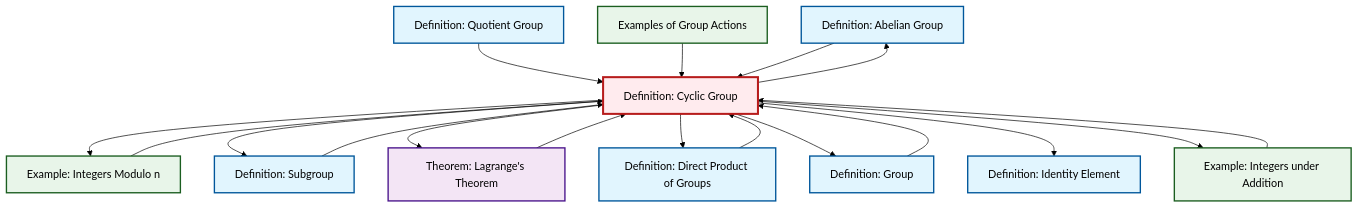
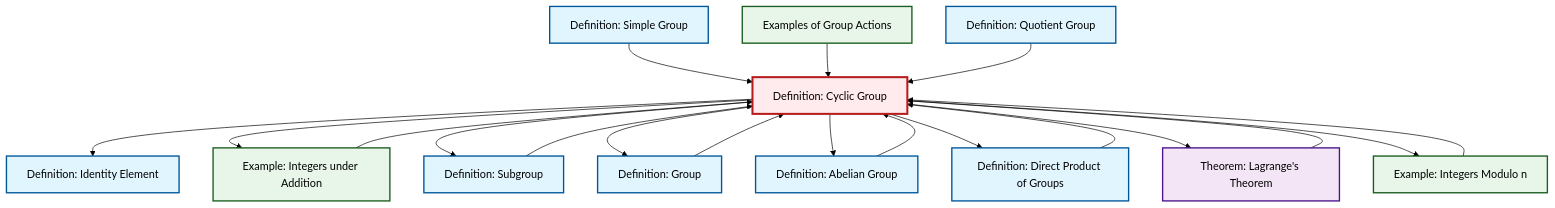
The diagram in content/en/algebra/def-cyclic-group.qmd (RK0429/ModernMath), drawn with Mermaid (forest theme) before and after one commit. The commit also changed 554 other files, not shown here.

````diff
--- a/content/en/algebra/def-cyclic-group.qmd
+++ b/content/en/algebra/def-cyclic-group.qmd
@@ -97,48 +97,51 @@
 ```{mermaid}
 %%| fig-cap: "Local dependency graph"
 graph TD
     classDef definition fill:#e1f5fe,stroke:#01579b,stroke-width:2px
     classDef theorem fill:#f3e5f5,stroke:#4a148c,stroke-width:2px
     classDef axiom fill:#fff3e0,stroke:#e65100,stroke-width:2px
     classDef example fill:#e8f5e9,stroke:#1b5e20,stroke-width:2px
     classDef current fill:#ffebee,stroke:#b71c1c,stroke-width:3px
+    def-quotient-group["Definition: Quotient Group"]:::definition
+    def-direct-product["Definition: Direct Product of Groups"]:::definition
     def-abelian-group["Definition: Abelian Group"]:::definition
+    def-subgroup["Definition: Subgroup"]:::definition
+    ex-integers-addition["Example: Integers under Addition"]:::example
     def-cyclic-group["Definition: Cyclic Group"]:::definition
-    def-quotient-group["Definition: Quotient Group"]:::definition
+    ex-quotient-integers-mod-n["Example: Integers Modulo n"]:::example
+    def-simple-group["Definition: Simple Group"]:::definition
+    def-group["Definition: Group"]:::definition
     ex-group-action-examples["Examples of Group Actions"]:::example
-    def-group["Definition: Group"]:::definition
-    def-subgroup["Definition: Subgroup"]:::definition
+    thm-lagrange["Theorem: Lagrange's Theorem"]:::theorem
     def-identity-element["Definition: Identity Element"]:::definition
-    ex-quotient-integers-mod-n["Example: Integers Modulo n"]:::example
-    ex-integers-addition["Example: Integers under Addition"]:::example
-    thm-lagrange["Theorem: Lagrange's Theorem"]:::theorem
-    def-direct-product["Definition: Direct Product of Groups"]:::definition
+    def-simple-group --> def-cyclic-group
+    ex-integers-addition --> def-cyclic-group
+    ex-group-action-examples --> def-cyclic-group
+    ex-quotient-integers-mod-n --> def-cyclic-group
+    def-quotient-group --> def-cyclic-group
+    def-direct-product --> def-cyclic-group
+    def-subgroup --> def-cyclic-group
+    def-cyclic-group --> def-identity-element
+    def-group --> def-cyclic-group
+    def-abelian-group --> def-cyclic-group
+    def-cyclic-group --> ex-integers-addition
+    thm-lagrange --> def-cyclic-group
+    def-cyclic-group --> def-subgroup
+    def-cyclic-group --> def-group
+    def-cyclic-group --> def-abelian-group
+    def-cyclic-group --> def-direct-product
+    def-cyclic-group --> thm-lagrange
     def-cyclic-group --> ex-quotient-integers-mod-n
-    def-subgroup --> def-cyclic-group
-    def-group --> def-cyclic-group
-    def-cyclic-group --> def-abelian-group
-    ex-integers-addition --> def-cyclic-group
-    def-cyclic-group --> def-subgroup
-    def-cyclic-group --> thm-lagrange
-    def-quotient-group --> def-cyclic-group
-    thm-lagrange --> def-cyclic-group
-    def-cyclic-group --> def-direct-product
-    ex-group-action-examples --> def-cyclic-group
-    def-direct-product --> def-cyclic-group
-    def-cyclic-group --> def-group
-    def-abelian-group --> def-cyclic-group
-    def-cyclic-group --> def-identity-element
-    def-cyclic-group --> ex-integers-addition
-    ex-quotient-integers-mod-n --> def-cyclic-group
     class def-cyclic-group current
+    click def-quotient-group "def-quotient-group.html" "Go to Quotient Group definition"
+    click def-direct-product "def-direct-product.html" "Go to Direct Product of Groups definition"
     click def-abelian-group "def-abelian-group.html" "Go to Abelian Group definition"
-    click def-quotient-group "def-quotient-group.html" "Go to Quotient Group definition"
+    click def-subgroup "def-subgroup.html" "Go to Subgroup definition"
+    click ex-integers-addition "ex-integers-addition.html" "Go to Integers under Addition example"
+    click ex-quotient-integers-mod-n "ex-quotient-integers-mod-n.html" "Go to Integers Modulo n example"
+    click def-simple-group "def-simple-group.html" "Go to Simple Group definition"
+    click def-group "def-group.html" "Go to Group definition"
     click ex-group-action-examples "ex-group-action-examples.html" "Go to Examples of Group Actions"
-    click def-group "def-group.html" "Go to Group definition"
-    click def-subgroup "def-subgroup.html" "Go to Subgroup definition"
+    click thm-lagrange "thm-lagrange.html" "Go to Lagrange's Theorem theorem"
     click def-identity-element "def-identity-element.html" "Go to Identity Element definition"
-    click ex-quotient-integers-mod-n "ex-quotient-integers-mod-n.html" "Go to Integers Modulo n example"
-    click ex-integers-addition "ex-integers-addition.html" "Go to Integers under Addition example"
-    click thm-lagrange "thm-lagrange.html" "Go to Lagrange's Theorem theorem"
-    click def-direct-product "def-direct-product.html" "Go to Direct Product of Groups definition"
 ```
````
